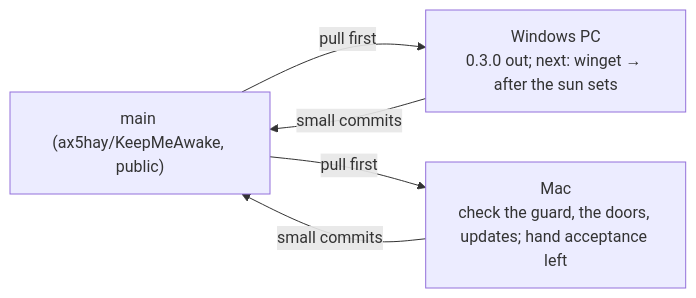
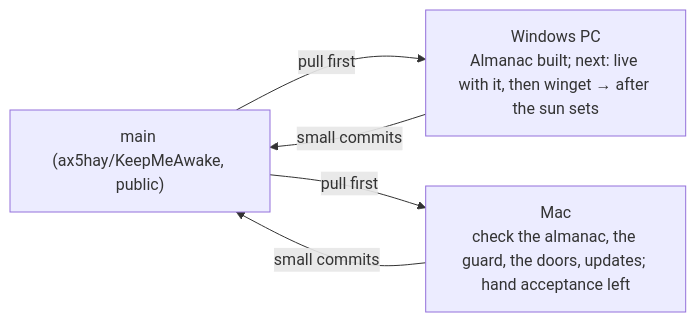
The diagram in docs/HANDOFF.md (ax5hay/KeepMeAwake), drawn with Mermaid before and after one commit. The commit also changed other lines of this file, not shown here.

First line of the commit message:
docs(handoff): the almanac built on Windows, waiting for the Mac

````diff
--- a/docs/HANDOFF.md
+++ b/docs/HANDOFF.md
@@ -18,10 +19,10 @@
 ```mermaid
 flowchart LR
     main["main (ax5hay/KeepMeAwake, public)"]
-    win["Windows PC<br/>0.3.0 out; next: winget → after the sun sets"]
-    mac["Mac<br/>check the guard, the doors, updates; hand acceptance left"]
+    win["Windows PC<br/>Almanac built; next: live with it, then winget → after the sun sets"]
+    mac["Mac<br/>check the almanac, the guard, the doors, updates; hand acceptance left"]
     win -->|small commits| main
     mac -->|small commits| main
     main -->|pull first| win
     main -->|pull first| mac
 ```
````
